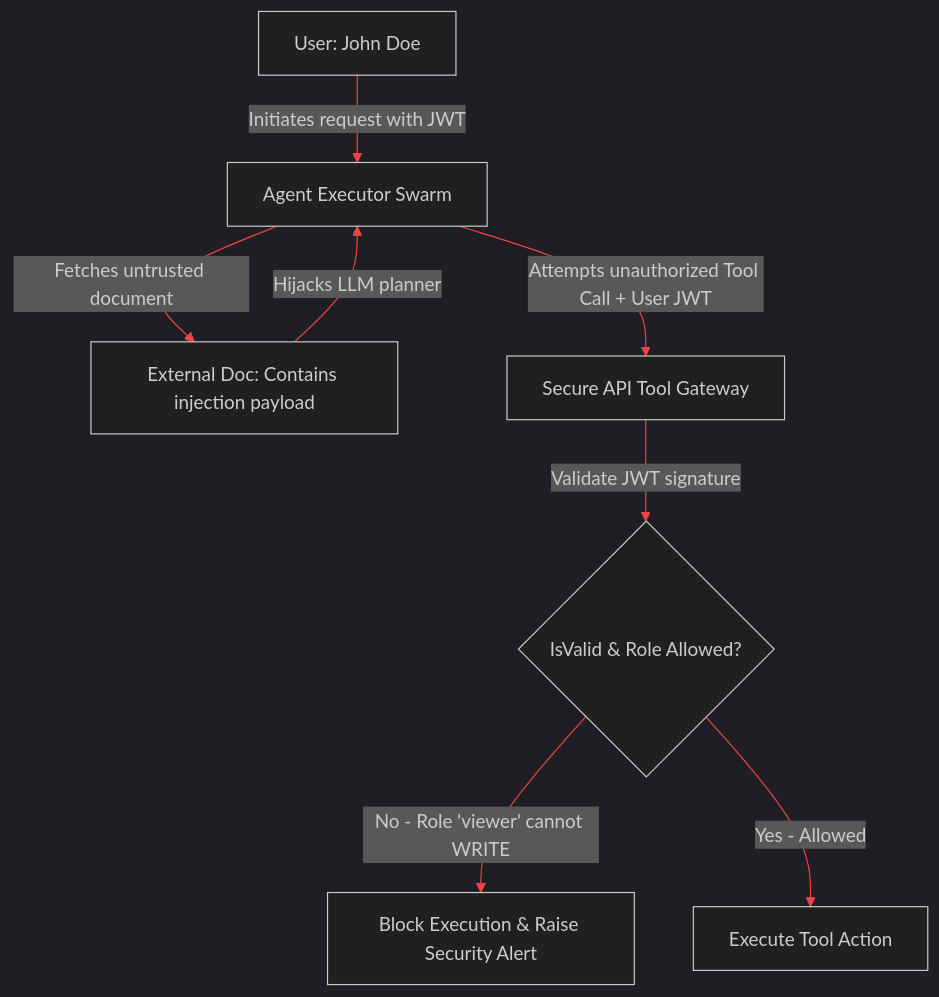
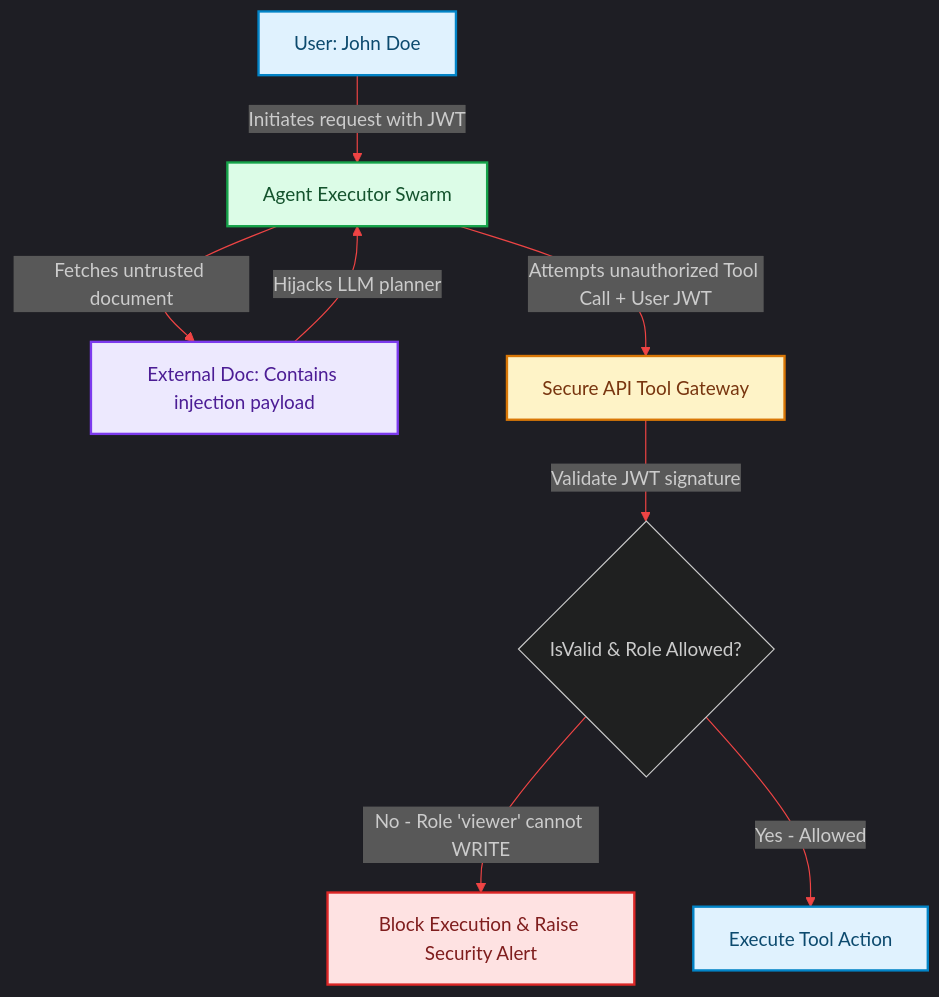
The diagram in blog/posts/securing-agent-tool-execution-rbac-delegated-auth.md (akmalkhaniub/akmalkhaniub.github.io), drawn with Mermaid before and after one commit. The commit also changed other lines of this file and 1291 other files, not shown here.

First line of the commit message:
feat(catalog): unique covers, scholarly references, and diagram palettes

````diff
--- a/blog/posts/securing-agent-tool-execution-rbac-delegated-auth.md
+++ b/blog/posts/securing-agent-tool-execution-rbac-delegated-auth.md
@@ -17,13 +17,24 @@
 ```mermaid
 %%{init: {'theme': 'dark', 'themeVariables': { 'primaryColor': '#ef4444', 'primaryTextColor': '#f3f4f6', 'primaryBorderColor': '#f87171', 'lineColor': '#ef4444', 'secondaryColor': '#111827', 'tertiaryColor': '#0b0f19'}}}%%
 flowchart TD
-    User[User: John Doe] -->|Initiates request with JWT| Agent[Agent Executor Swarm]
-    Agent -->|Fetches untrusted document| ExternalDoc[External Doc: Contains injection payload]
+    User["User: John Doe"] -->|Initiates request with JWT| Agent["Agent Executor Swarm"]
+    Agent -->|Fetches untrusted document| ExternalDoc["External Doc: Contains injection payload"]
     
     ExternalDoc -->|Hijacks LLM planner| Agent
-    Agent -->|Attempts unauthorized Tool Call + User JWT| Gate[Secure API Tool Gateway]
+    Agent -->|Attempts unauthorized Tool Call + User JWT| Gate["Secure API Tool Gateway"]
     
     Gate -->|Validate JWT signature| Verify{IsValid & Role Allowed?}
-    Verify -->|No - Role 'viewer' cannot WRITE| Block[Block Execution & Raise Security Alert]
-    Verify -->|Yes - Allowed| Execute[Execute Tool Action]
+    Verify -->|No - Role 'viewer' cannot WRITE| Block["Block Execution & Raise Security Alert"]
+    Verify -->|Yes - Allowed| Execute["Execute Tool Action"]
+
+classDef green fill:#dcfce7,stroke:#16a34a,stroke-width:2px,color:#14532d;
+classDef red fill:#fee2e2,stroke:#dc2626,stroke-width:2px,color:#7f1d1d;
+classDef blue fill:#e0f2fe,stroke:#0284c7,stroke-width:2px,color:#0c4a6e;
+classDef yellow fill:#fef3c7,stroke:#d97706,stroke-width:2px,color:#78350f;
+classDef purple fill:#ede9fe,stroke:#7c3aed,stroke-width:2px,color:#4c1d95;
+class User,Execute blue
+class Agent green
+class ExternalDoc purple
+class Gate yellow
+class Block red
 ```
````
